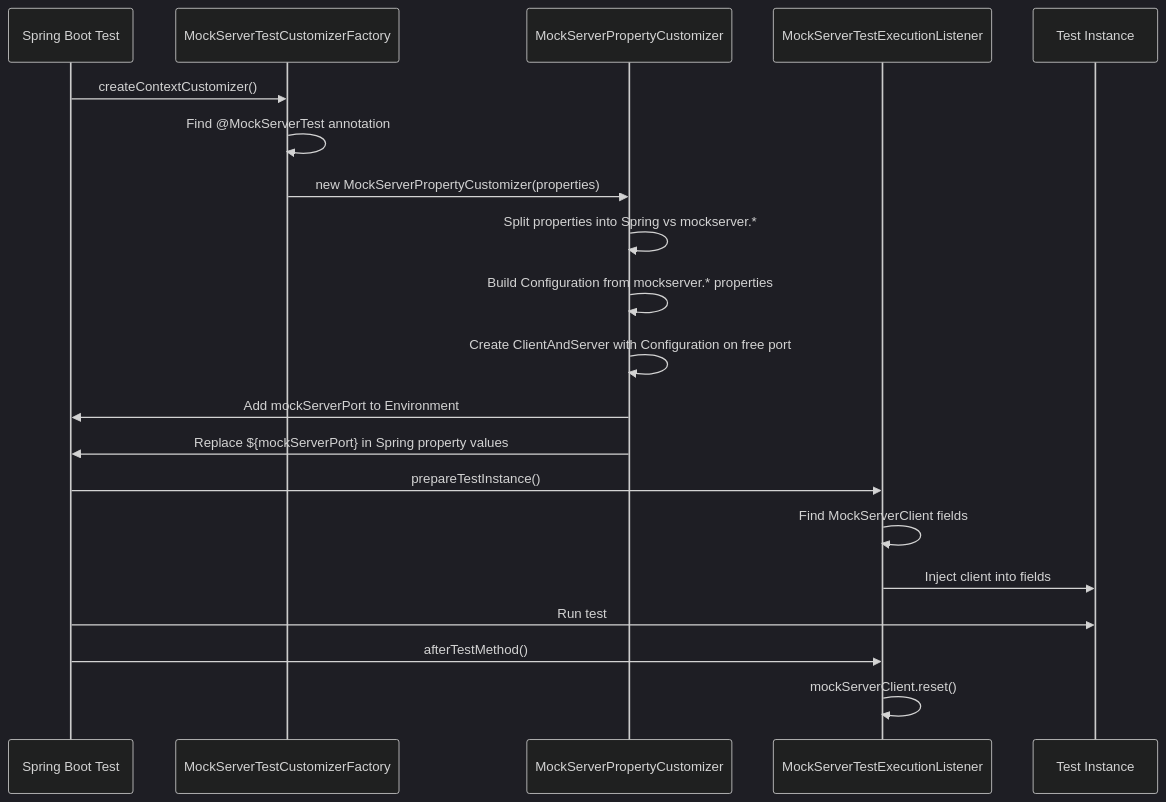
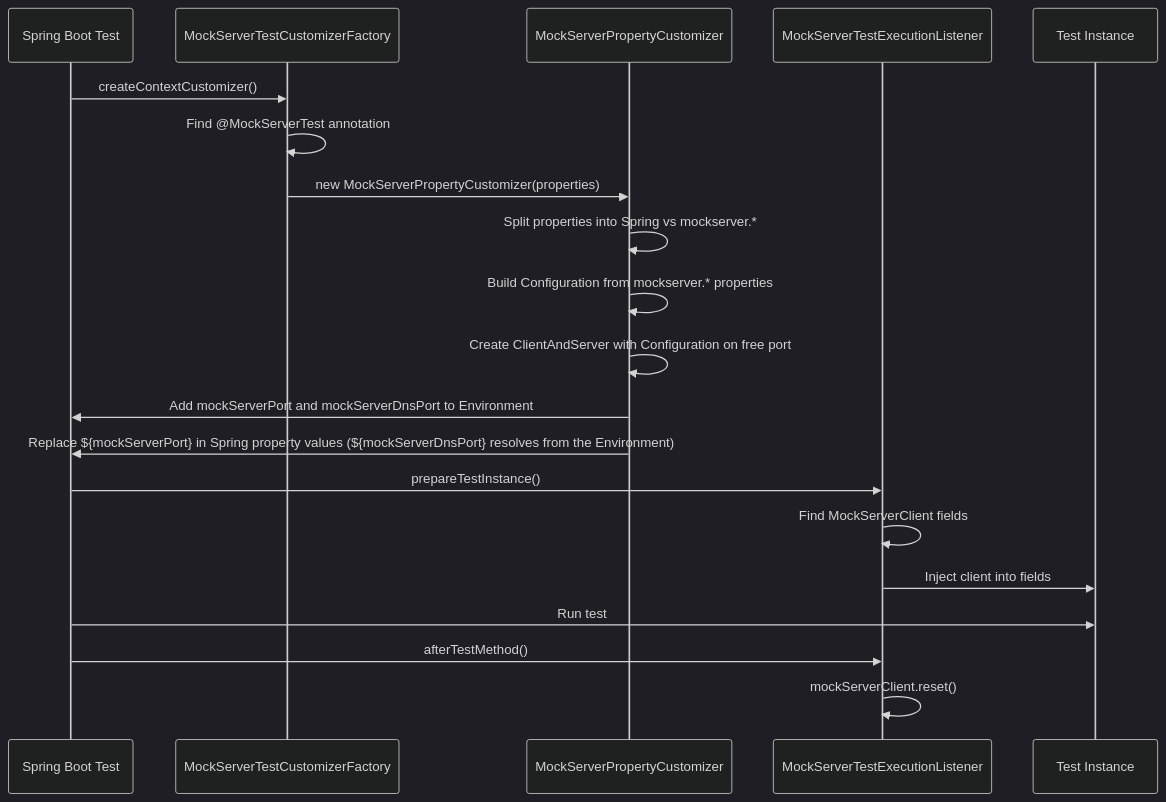
Before and after one commit to inspire12/mockserver: the fourth of 6 diagrams in docs/code/client-and-integrations.md, drawn with Mermaid (dark theme). The commit also changed other lines of this file and 37 other files, not shown here.

First line of the commit message:
fix(netty): UDP listeners honour localBoundIP; expose the DNS port

````diff
--- a/docs/code/client-and-integrations.md
+++ b/docs/code/client-and-integrations.md
@@ -332,26 +335,26 @@
 ```mermaid
 sequenceDiagram
     participant SB as Spring Boot Test
     participant CF as MockServerTestCustomizerFactory
     participant PC as MockServerPropertyCustomizer
     participant EL as MockServerTestExecutionListener
     participant T as Test Instance
 
     SB->>CF: createContextCustomizer()
     CF->>CF: Find @MockServerTest annotation
     CF->>PC: new MockServerPropertyCustomizer(properties)
     PC->>PC: Split properties into Spring vs mockserver.*
     PC->>PC: Build Configuration from mockserver.* properties
     PC->>PC: Create ClientAndServer with Configuration on free port
-    PC->>SB: Add mockServerPort to Environment
-    PC->>SB: Replace ${mockServerPort} in Spring property values
+    PC->>SB: Add mockServerPort and mockServerDnsPort to Environment
+    PC->>SB: Replace ${mockServerPort} in Spring property values (${mockServerDnsPort} resolves from the Environment)
 
     SB->>EL: prepareTestInstance()
     EL->>EL: Find MockServerClient fields
     EL->>T: Inject client into fields
 
     SB->>T: Run test
 
     SB->>EL: afterTestMethod()
     EL->>EL: mockServerClient.reset()
 ```
````
